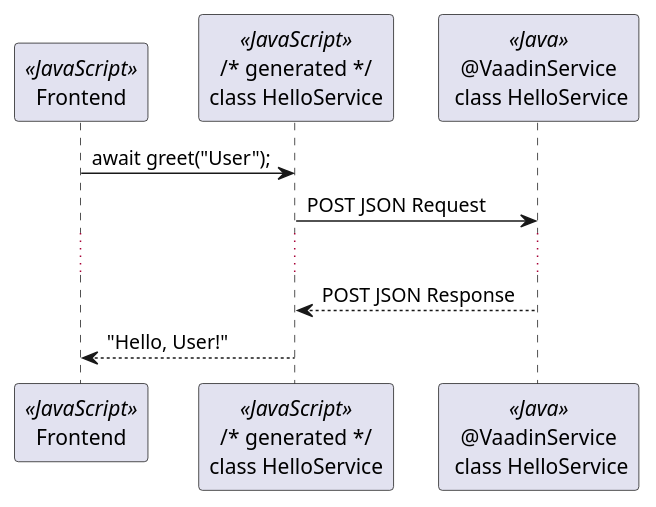
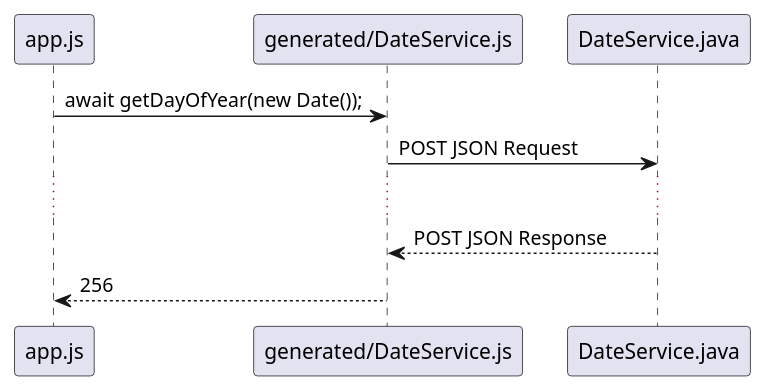
Before and after one commit to vaadin/vaadin-connect: the diagram in doc/simplified-rpc-sequence.puml, drawn with PlantUML. The commit also changed 2 other files, not shown here.

```diff
--- a/doc/simplified-rpc-sequence.puml
+++ b/doc/simplified-rpc-sequence.puml
@@ -1,13 +1,13 @@
 @startuml
 skinparam ParticipantPadding 10
 
-participant "Frontend" << JavaScript >>
-participant "/* generated */\nclass HelloService" as jsService << JavaScript >>
-participant "@VaadinService\n class HelloService" as javaService << Java >>
+participant "app.js" as Frontend
+participant "generated/DateService.js" as jsService
+participant "DateService.java" as javaService
 
-Frontend -> jsService: await greet("User");
+Frontend -> jsService: await getDayOfYear(new Date());
 jsService -> javaService: POST JSON Request
 ...
 jsService <-- javaService: POST JSON Response
-Frontend <-- jsService: "Hello, User!"
+Frontend <-- jsService: 256
 @enduml
```
